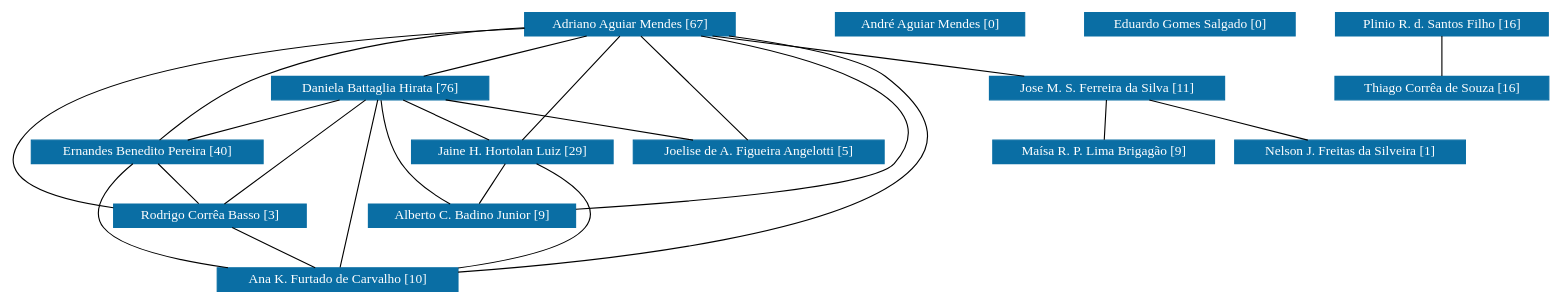
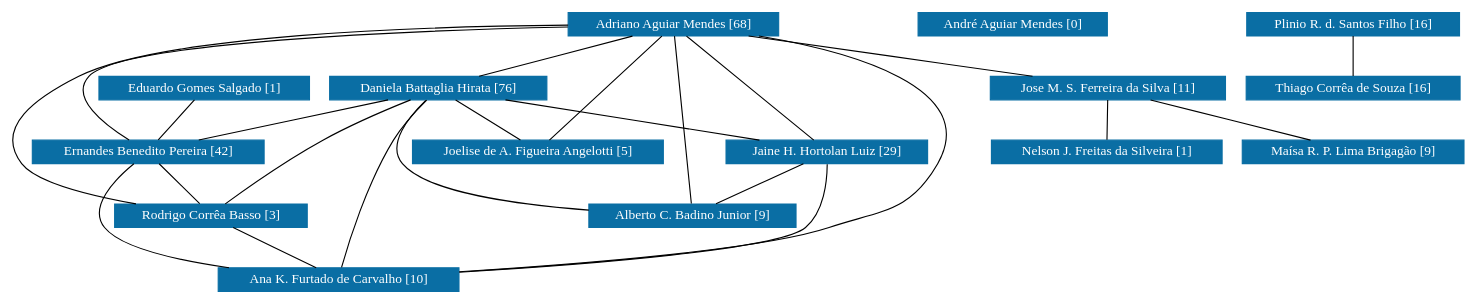
Before and after one commit to icamps/unifal-lattes.github.io: the diagram in PPGBiotec/grafoDeColaboracoesSemPesos.dot, drawn with Graphviz. The commit also changed 854 other files, not shown here.

```diff
--- a/PPGBiotec/grafoDeColaboracoesSemPesos.dot
+++ b/PPGBiotec/grafoDeColaboracoesSemPesos.dot
@@ -1,138 +1,139 @@
 strict graph grafo1 {
-	graph [bb="0,0,1164.1,249",
+	graph [bb="0,0,1121.6,249",
 		id=grafo1,
 		overlap=False
 	];
 	node [fontsize=12,
 		label="\N",
 		shape=rectangle,
 		style=filled
 	];
 	0	 [URL="membro-2926571414651131.html",
 		color="#0A6EA4",
 		fontcolor="#FFFFFF",
 		height=0.29167,
-		label="Adriano Aguiar Mendes [67]",
-		pos="472.64,238.5",
+		label="Adriano Aguiar Mendes [68]",
+		pos="524.52,238.5",
 		width=2.1389];
 	2	 [URL="membro-5292381247624407.html",
 		color="#0A6EA4",
 		fontcolor="#FFFFFF",
 		height=0.29167,
 		label="Daniela Battaglia Hirata [76]",
-		pos="301.64,181.5",
+		pos="358.52,181.5",
 		width=2.1528];
-	0 -- 2	 [pos="440.88,227.91 410.16,217.67 363.89,202.25 333.23,192.03"];
+	0 -- 2	 [pos="493.69,227.91 463.87,217.67 418.95,202.25 389.19,192.03"];
 	4	 [URL="membro-0524540000904823.html",
 		color="#0A6EA4",
 		fontcolor="#FFFFFF",
 		height=0.29167,
-		label="Ernandes Benedito Pereira [40]",
-		pos="114.64,124.5",
+		label="Ernandes Benedito Pereira [42]",
+		pos="118.52,124.5",
 		width=2.3056];
-	0 -- 4	 [pos="395.53,233.01 343,227.27 272.72,215.61 214.64,192 179.71,177.8 144.46,150.2 126.61,135.06"];
+	0 -- 4	 [pos="447.4,235.5 331.67,230.19 124.14,217.24 101.52,192 87.165,175.98 100.99,149.6 110.75,135.02"];
 	5	 [URL="membro-3433047807065363.html",
 		color="#0A6EA4",
 		fontcolor="#FFFFFF",
 		height=0.29167,
 		label="Jaine H. Hortolan Luiz [29]",
-		pos="403.64,124.5",
+		pos="645.52,124.5",
 		width=2.0694];
-	0 -- 5	 [pos="466.27,227.98 453.19,206.37 423.43,157.19 410.19,135.33"];
+	0 -- 5	 [pos="535.69,227.98 558.62,206.37 610.82,157.19 634.03,135.33"];
 	6	 [URL="membro-3798416800583466.html",
 		color="#0A6EA4",
 		fontcolor="#FFFFFF",
 		height=0.29167,
 		label="Joelise de A. Figueira Angelotti [5]",
-		pos="587.64,124.5",
+		pos="424.52,124.5",
 		width=2.5278];
-	0 -- 6	 [pos="483.25,227.98 505.05,206.37 554.66,157.19 576.72,135.33"];
+	0 -- 6	 [pos="515.3,227.98 496.34,206.37 453.2,157.19 434.02,135.33"];
 	7	 [URL="membro-0436922594542722.html",
 		color="#0A6EA4",
 		fontcolor="#FFFFFF",
 		height=0.29167,
 		label="Jose M. S. Ferreira da Silva [11]",
-		pos="857.64,181.5",
+		pos="860.52,181.5",
 		width=2.3611];
-	0 -- 7	 [pos="543.7,227.98 612.9,217.73 717.49,202.25 786.67,192.01"];
+	0 -- 7	 [pos="586.54,227.98 646.94,217.73 738.22,202.25 798.58,192.01"];
 	10	 [URL="membro-4043789557049115.html",
 		color="#0A6EA4",
 		fontcolor="#FFFFFF",
 		height=0.29167,
 		label="Rodrigo Corrêa Basso [3]",
-		pos="165.64,67.5",
+		pos="169.52,67.5",
 		width=1.9444];
-	0 -- 10	 [pos="395.35,232.9 278.12,222.52 64.524,195.58 22.639,135 0,102.26 48.884,84.95 95.531,76.098"];
+	0 -- 10	 [pos="447.39,235.79 340.5,231.09 153.49,219.19 91.52,192 50.197,173.87 0,150.51 26.52,114 37.413,99.003 80.22,86.337 116.18,78.029"];
 	12	 [URL="membro-6244428434217018.html",
 		color="#0A6EA4",
 		fontcolor="#FFFFFF",
 		height=0.29167,
 		label="Alberto C. Badino Junior [9]",
-		pos="368.64,67.5",
+		pos="540.52,67.5",
 		width=2.1389];
-	0 -- 12	 [pos="530.01,227.98 609.73,210.94 738.78,173.13 687.64,114 672.01,95.929 535.32,81.278 446.01,73.524"];
+	0 -- 12	 [pos="525.53,227.8 528.4,197.09 536.65,108.9 539.52,78.193"];
 	14	 [URL="membro-8233720168272812.html",
 		color="#0A6EA4",
 		fontcolor="#FFFFFF",
 		height=0.29167,
 		label="Ana K. Furtado de Carvalho [10]",
-		pos="263.64,10.5",
+		pos="267.52,10.5",
 		width=2.4583];
-	0 -- 14	 [pos="549.79,228.04 599.52,220.01 658.53,207.64 678.64,192 707.83,169.29 730.52,143.06 707.64,114 664.37,59.038 469.2,30.633 352.51,18.314"];
-	2 -- 4	 [pos="266.9,170.91 233.32,160.67 182.71,145.25 149.19,135.03"];
-	2 -- 5	 [pos="320.83,170.78 339.06,160.59 366.33,145.35 384.54,135.17"];
-	2 -- 6	 [pos="354.43,170.98 405.76,160.75 483.29,145.3 534.67,135.06"];
-	2 -- 10	 [pos="289.09,170.98 263.31,149.37 204.64,100.19 178.56,78.328"];
-	2 -- 12	 [pos="302.68,170.74 304.42,156.81 308.86,132.14 319.64,114 328.27,99.481 342.69,86.583 353.66,78.076"];
-	2 -- 14	 [pos="299.26,170.8 292.44,140.09 272.84,51.897 266.02,21.193"];
-	4 -- 10	 [pos="124.23,113.78 133.35,103.59 146.99,88.348 156.09,78.173"];
-	4 -- 14	 [pos="103.71,113.54 90.937,99.382 73.157,74.481 86.639,57 99.396,40.458 145.75,28.641 187.82,21.059"];
-	5 -- 12	 [pos="397.06,113.78 390.8,103.59 381.44,88.348 375.19,78.173"];
-	5 -- 14	 [pos="421.55,113.88 441.86,100.51 470.25,76.864 454.64,57 441.25,39.96 394.14,28.382 350.06,21.042"];
+	0 -- 14	 [pos="584.76,227.95 656.2,212.37 761.69,177.89 728.52,114 708.24,74.93 688.61,72.815 647.52,57 596.04,37.181 451.55,23.513 356.31,16.352"];
+	2 -- 4	 [pos="314.22,170.98 271.15,160.75 206.09,145.3 162.97,135.06"];
+	2 -- 5	 [pos="411.5,170.98 463,160.75 540.81,145.3 592.37,135.06"];
+	2 -- 6	 [pos="370.94,170.78 382.74,160.59 400.38,145.35 412.17,135.17"];
+	2 -- 10	 [pos="329.44,170.98 307.78,162.6 277.88,149.83 253.52,135 225.4,117.88 196.24,92.394 180.77,78.139"];
+	2 -- 12	 [pos="346.13,170.87 331.28,156.85 310.1,131.86 324.52,114 341.97,92.402 408.74,80.362 463.48,73.976"];
+	2 -- 14	 [pos="346.93,170.96 337.72,162.09 325,148.69 316.52,135 292.42,96.103 276.4,43.345 270.29,21.093"];
+	4 -- 10	 [pos="128.12,113.78 137.23,103.59 150.87,88.348 159.97,78.173"];
+	4 -- 14	 [pos="107.59,113.54 94.819,99.382 77.039,74.481 90.52,57 103.28,40.458 149.64,28.641 191.71,21.059"];
+	5 -- 12	 [pos="625.77,113.78 607,103.59 578.93,88.348 560.19,78.173"];
+	5 -- 14	 [pos="645.88,113.97 645.76,98.878 643.11,71.327 626.52,57 606.4,39.614 455.97,24.892 356.33,16.911"];
 	8	 [URL="membro-6853382226977684.html",
 		color="#0A6EA4",
 		fontcolor="#FFFFFF",
 		height=0.29167,
 		label="Nelson J. Freitas da Silveira [1]",
-		pos="1036.6,124.5",
+		pos="859.52,124.5",
 		width=2.2778];
-	7 -- 8	 [pos="890.89,170.91 923.04,160.67 971.48,145.25 1003.6,135.03"];
+	7 -- 8	 [pos="860.34,170.78 860.16,160.59 859.89,145.35 859.71,135.17"];
 	13	 [URL="membro-0963588859777460.html",
 		color="#0A6EA4",
 		fontcolor="#FFFFFF",
 		height=0.29167,
 		label="Maísa R. P. Lima Brigagão [9]",
-		pos="855.64,124.5",
+		pos="1040.6,124.5",
 		width=2.25];
-	7 -- 13	 [pos="857.26,170.78 856.91,160.59 856.37,145.35 856.01,135.17"];
-	10 -- 14	 [pos="184.07,56.779 201.59,46.588 227.8,31.348 245.29,21.173"];
+	7 -- 13	 [pos="893.96,170.91 926.29,160.67 975,145.25 1007.3,135.03"];
+	10 -- 14	 [pos="187.96,56.779 205.48,46.588 231.68,31.348 249.17,21.173"];
 	1	 [URL="membro-1409264122407992.html",
 		color="#0A6EA4",
 		fontcolor="#FFFFFF",
 		height=0.29167,
 		label="André Aguiar Mendes [0]",
-		pos="702.64,238.5",
+		pos="783.52,238.5",
 		width=1.9306];
 	3	 [URL="membro-2363460036599181.html",
 		color="#0A6EA4",
 		fontcolor="#FFFFFF",
 		height=0.29167,
-		label="Eduardo Gomes Salgado [0]",
-		pos="898.64,238.5",
+		label="Eduardo Gomes Salgado [1]",
+		pos="186.52,181.5",
 		width=2.1111];
+	3 -- 4	 [pos="173.73,170.78 161.58,160.59 143.4,145.35 131.26,135.17"];
 	9	 [URL="membro-0595142298134685.html",
 		color="#0A6EA4",
 		fontcolor="#FFFFFF",
 		height=0.29167,
 		label="Plinio R. d. Santos Filho [16]",
-		pos="1086.6,238.5",
+		pos="1041.6,238.5",
 		width=2.1528];
 	11	 [URL="membro-2834667104138232.html",
 		color="#0A6EA4",
 		fontcolor="#FFFFFF",
 		height=0.29167,
 		label="Thiago Corrêa de Souza [16]",
-		pos="1086.6,181.5",
+		pos="1041.6,181.5",
 		width=2.1528];
-	9 -- 11	 [pos="1086.6,227.78 1086.6,217.59 1086.6,202.35 1086.6,192.17"];
+	9 -- 11	 [pos="1041.6,227.78 1041.6,217.59 1041.6,202.35 1041.6,192.17"];
 }
```
